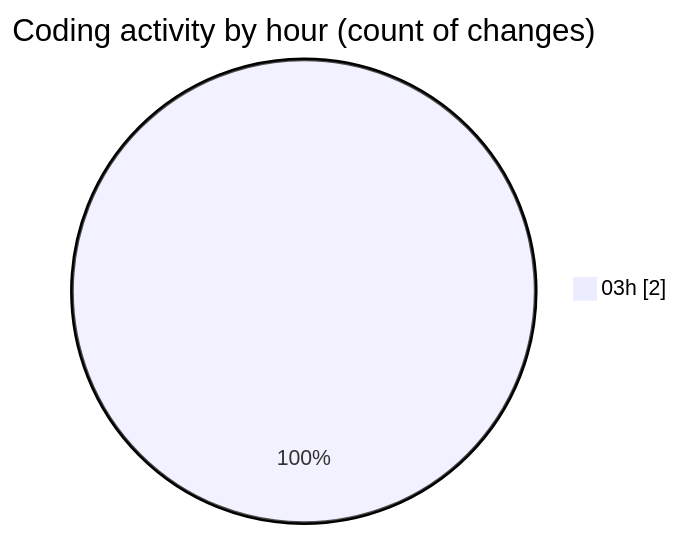
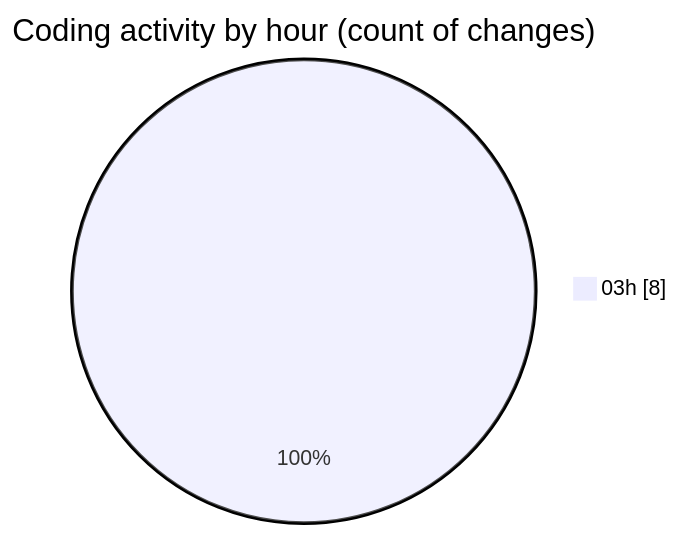
The second of 2 diagrams in 2024-12-31/leetcode-solutions/README.md (ernivani/code-tracking), drawn with Mermaid before and after one commit. The commit also changed other lines of this file and 1 other file, not shown here.

````diff
--- a/2024-12-31/leetcode-solutions/README.md
+++ b/2024-12-31/leetcode-solutions/README.md
@@ -28,5 +33,5 @@
 ```mermaid
 pie showData
 title Coding activity by hour (count of changes)
-"03h" : 2
+"03h" : 8
 ```
````
